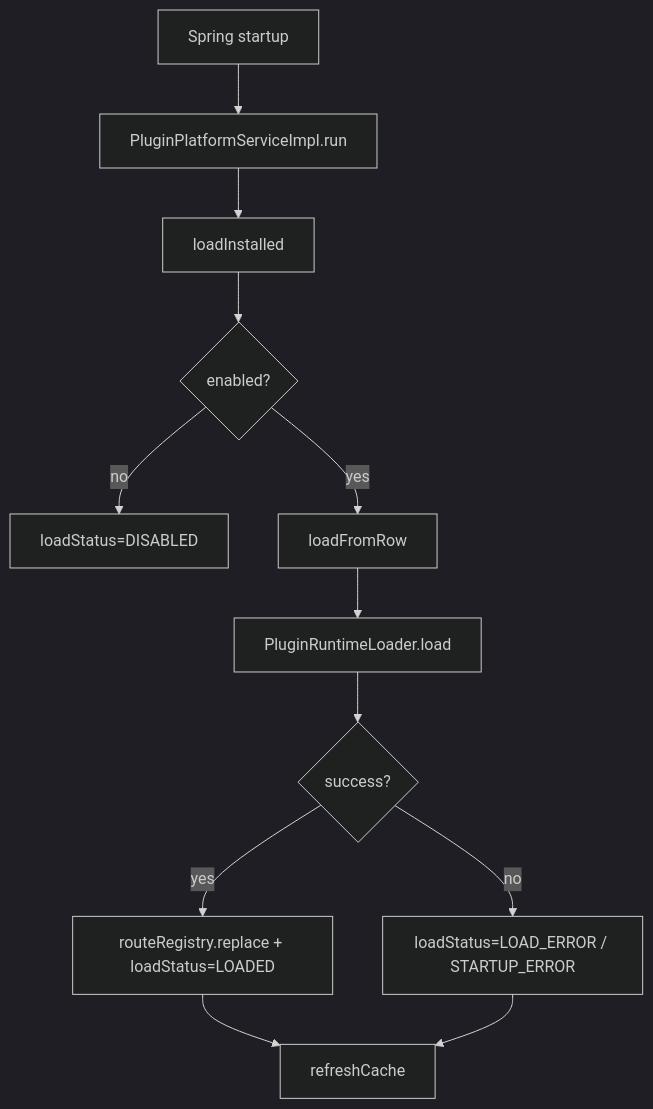
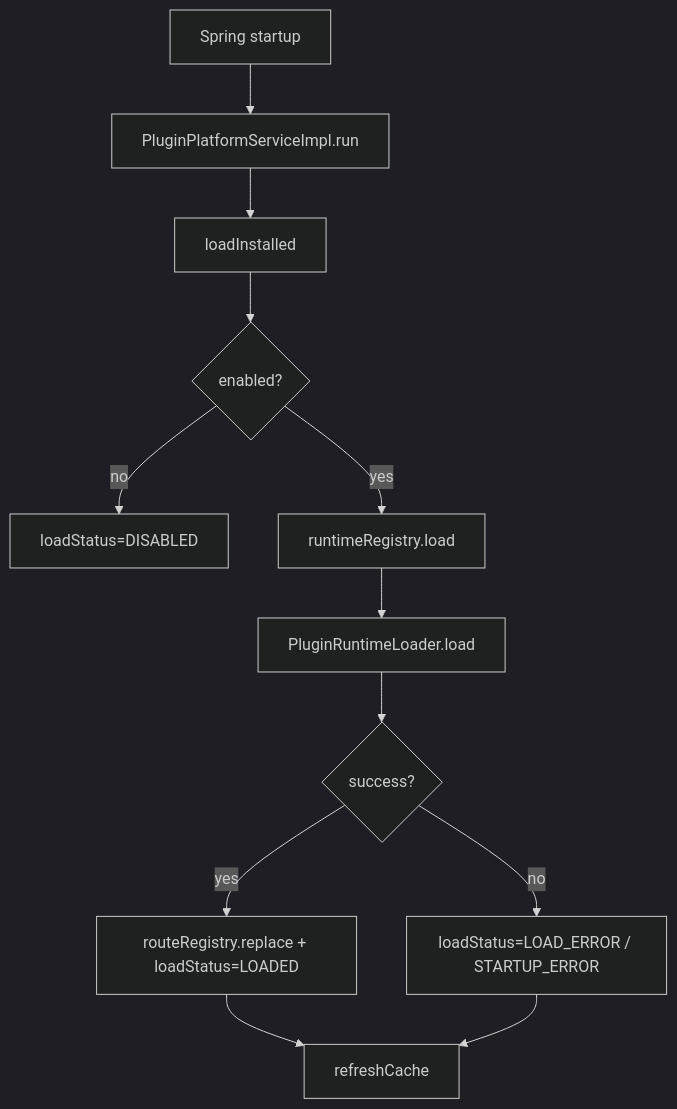
The fifth of 8 diagrams in docs/plugin-platform.md (FatttSnake/api-management), drawn with Mermaid (dark theme) before and after one commit. The commit also changed other lines of this file and 39 other files, not shown here.

````diff
--- a/docs/plugin-platform.md
+++ b/docs/plugin-platform.md
@@ -345,14 +342,14 @@
 ```mermaid
 flowchart TD
     A[Spring startup] --> B[PluginPlatformServiceImpl.run]
     B --> C[loadInstalled]
     C --> D{enabled?}
     D -- no --> E[loadStatus=DISABLED]
-    D -- yes --> F[loadFromRow]
+    D -- yes --> F[runtimeRegistry.load]
     F --> G[PluginRuntimeLoader.load]
     G --> H{success?}
     H -- yes --> I[routeRegistry.replace + loadStatus=LOADED]
     H -- no --> J[loadStatus=LOAD_ERROR / STARTUP_ERROR]
     I --> K[refreshCache]
     J --> K
 ```
````
